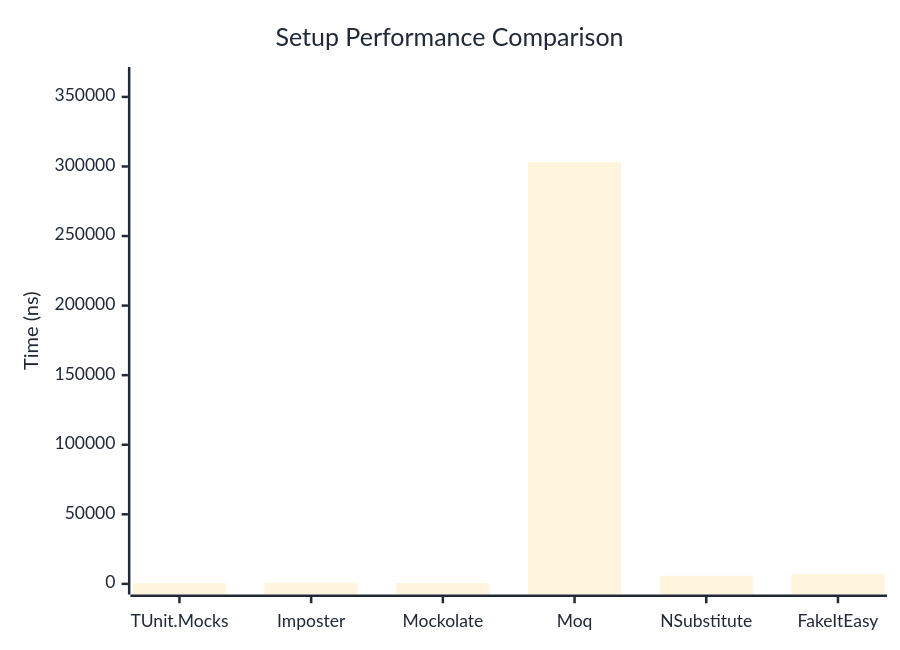
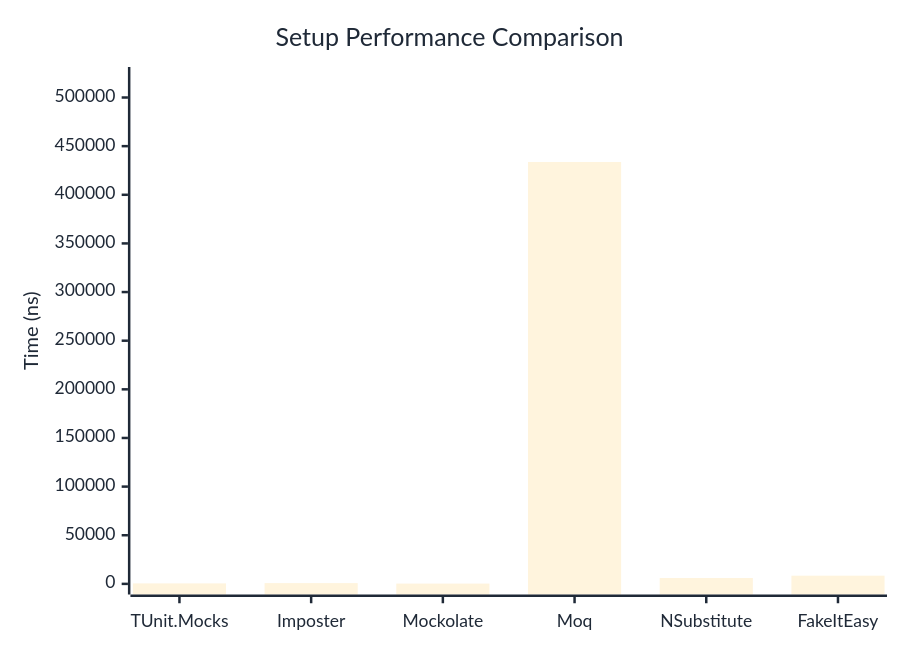
Before and after one commit to thomhurst/TUnit: the first of 2 diagrams in docs/docs/benchmarks/mocks/Setup.md, drawn with Mermaid. The commit also changed other lines of this file and 14 other files, not shown here.

````diff
--- a/docs/docs/benchmarks/mocks/Setup.md
+++ b/docs/docs/benchmarks/mocks/Setup.md
@@ -30,27 +30,27 @@
 ```mermaid
 %%{init: {
   'theme':'base',
   'themeVariables': {
     'primaryColor': '#2563eb',
     'primaryTextColor': '#1f2937',
     'primaryBorderColor': '#1e40af',
     'lineColor': '#6b7280',
     'secondaryColor': '#7c3aed',
     'tertiaryColor': '#dc2626',
     'background': '#ffffff',
     'pie1': '#2563eb',
     'pie2': '#7c3aed',
     'pie3': '#dc2626',
     'pie4': '#f59e0b',
     'pie5': '#10b981',
     'pie6': '#06b6d4',
     'pie7': '#ec4899',
     'pie8': '#6366f1'
   }
 }}%%
 xychart-beta
   title "Setup Performance Comparison"
   x-axis ["TUnit.Mocks", "Imposter", "Mockolate", "Moq", "NSubstitute", "FakeItEasy"]
-  y-axis "Time (ns)" 0 --> 363856
-  bar [554.1, 770.6, 580.1, 303213.2, 5838.7, 7087]
+  y-axis "Time (ns)" 0 --> 520444
+  bar [507.1, 786.7, 298.4, 433702.9, 6057.1, 8423.1]
 ```
````
